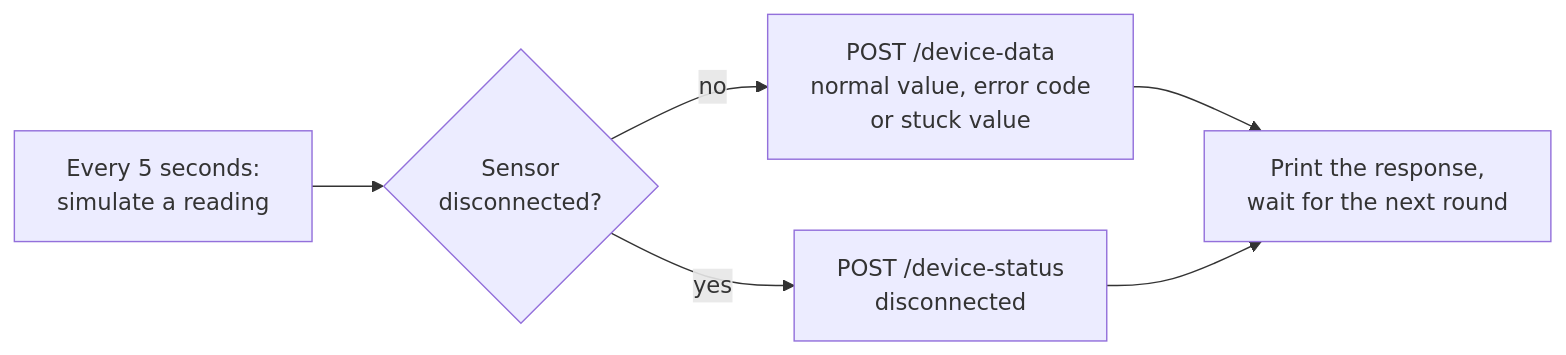
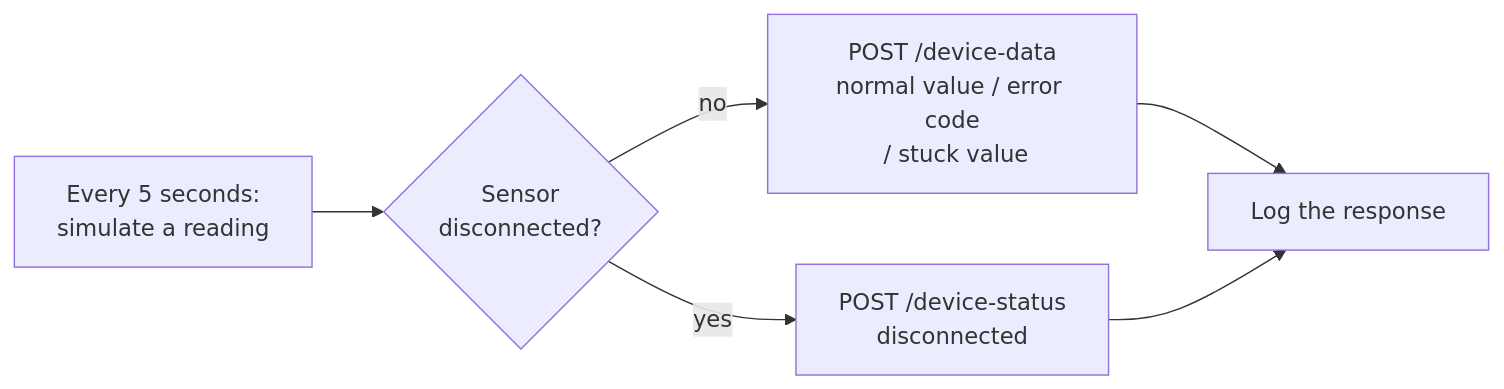
The diagram in figures/device-loop.mmd (stanleyrihak/software-maintenance-project--documentation), drawn with Mermaid before and after one commit. The commit also changed 8 other files, not shown here.

```diff
--- a/figures/device-loop.mmd
+++ b/figures/device-loop.mmd
@@ -1,6 +1,6 @@
 flowchart LR
     A["Every 5 seconds:<br/>simulate a reading"] --> B{"Sensor<br/>disconnected?"}
-    B -- "no" --> R["POST /device-data<br/>normal value, error code<br/>or stuck value"]
+    B -- "no" --> R["POST /device-data<br/>normal value / error code<br/> / stuck value"]
     B -- "yes" --> S["POST /device-status<br/>disconnected"]
-    R --> P["Print the response,<br/>wait for the next round"]
+    R --> P["Log the response"]
     S --> P
```
